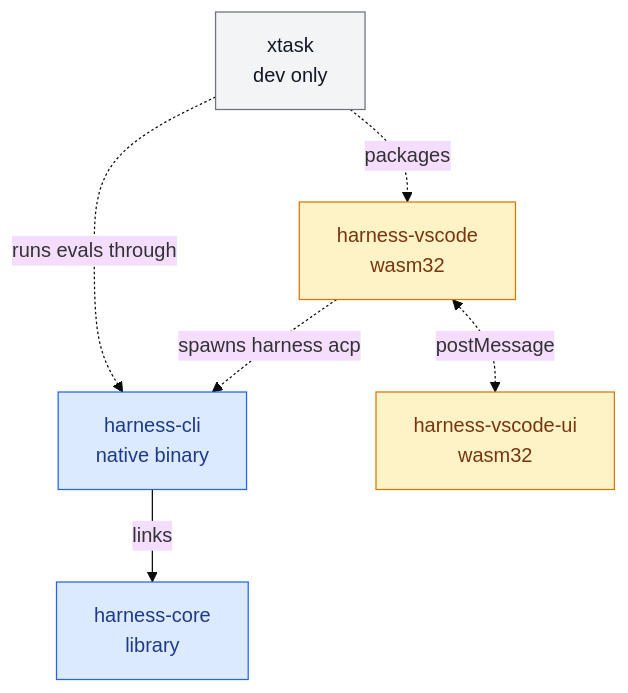
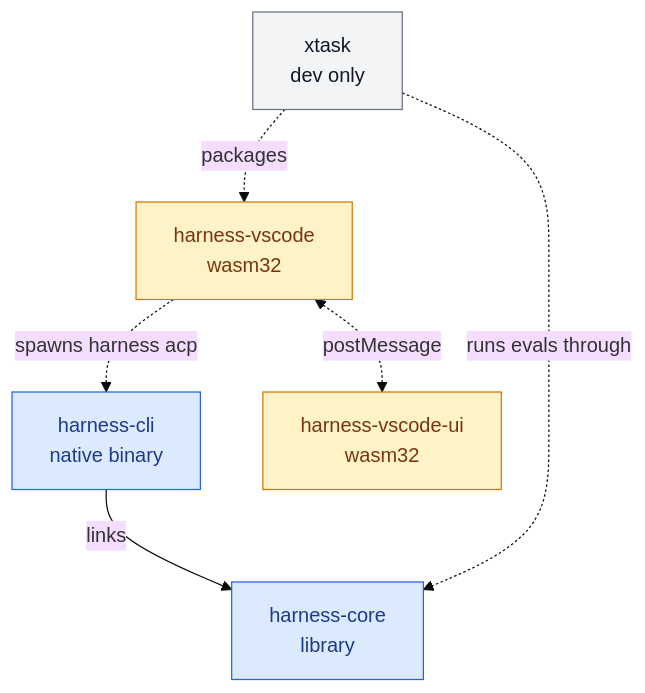
Before and after one commit to fzzinchemical/Praxis: the first of 12 diagrams in docs/SPEC.md, drawn with Mermaid (base theme). The commit also changed other lines of this file and 10 other files, not shown here.

````diff
--- a/docs/SPEC.md
+++ b/docs/SPEC.md
@@ -80,15 +80,15 @@
 ```mermaid
 flowchart TB
     cli["harness-cli<br/>native binary"] -->|"links"| core["harness-core<br/>library"]
     vscode["harness-vscode<br/>wasm32"] -.->|"spawns harness acp"| cli
     vscode <-.->|"postMessage"| ui["harness-vscode-ui<br/>wasm32"]
     xtask["xtask<br/>dev only"] -.->|"packages"| vscode
-    xtask -.->|"runs evals through"| cli
+    xtask -.->|"runs evals through"| core
 
     classDef native fill:#dbeafe,stroke:#2563eb,color:#1e3a8a
     classDef wasm fill:#fef3c7,stroke:#d97706,color:#78350f
     classDef dev fill:#f3f4f6,stroke:#6b7280,color:#111827
     class cli,core native
     class vscode,ui wasm
     class xtask dev
 ```
````
